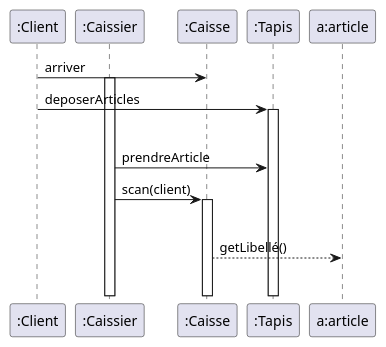
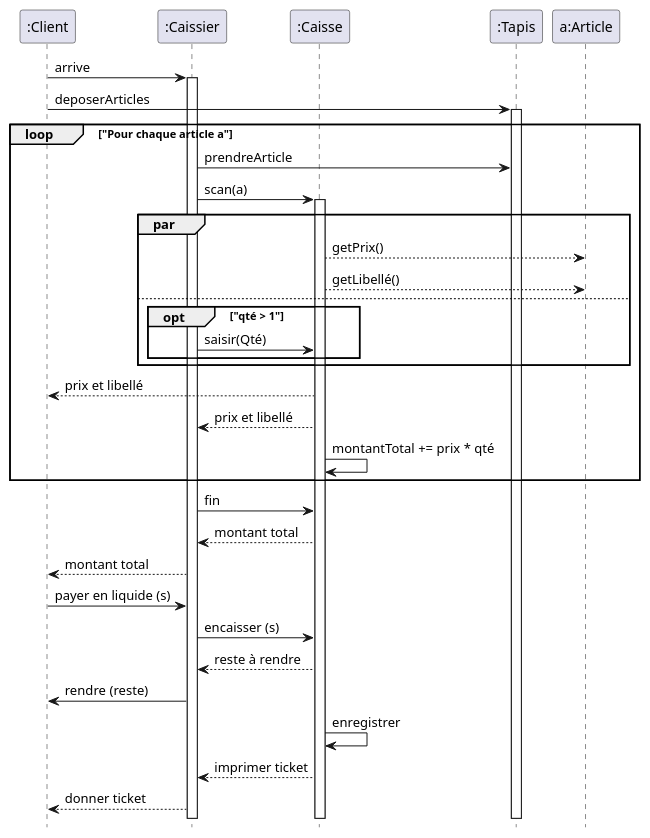
The diagram in TD05/TD5.2.1.plantuml (IUT-Blagnac/bcoo-NicolasIUT), drawn with PlantUML before and after one commit.

```diff
--- a/TD05/TD5.2.1.plantuml
+++ b/TD05/TD5.2.1.plantuml
@@ -1,35 +1,56 @@
-@startuml TD5.2.1
+@startuml
 
+'autonumber
+hide footbox
 
-participant client as ":Client"
-participant caissier as ":Caissier"
-participant caisse as ":Caisse"
+participant A as ":Client"
+participant B as ":Caissier"
 
+participant C as ":Caisse"
+A -> B: arrive
+activate B
 
-client -> caisse: arriver
+participant Tapis as ":Tapis"
 
-activate caissier
-
-participant tapis as ":Tapis"
-
-client -> tapis: deposerArticles
-
-activate tapis
+A -> Tapis: deposerArticles
+activate Tapis
 
 loop "Pour chaque article a"
-  caissier -> tapis: prendreArticle
-  caissier -> caisse: scan(client)
-  activate caisse
-
-  participant article as "a:article"
-
-  par caisse --> article: getPrix()
-  caisse --> article: getLibellé()
+  B -> Tapis: prendreArticle
+  B -> C: scan(a)
+  activate C
+  
+  participant Article as "a:Article"
+  
+  par
+  C --> Article: getPrix()
+  C --> Article: getLibellé()
 
   else
-  opt
+  opt "qté > 1"
+    B -> C: saisir(Qté)
+  end
+  end
+  C --> A: prix et libellé
+  C --> B: prix et libellé
 
+  C -> C: montantTotal += prix * qté
+end
 
+  B -> C: fin
+  C --> B: montant total
+  B --> A: montant total
 
+  A -> B : payer en liquide (s)
+  B -> C : encaisser (s)
 
+  C --> B : reste à rendre
+  B -> A : rendre (reste)
+
+  C -> C : enregistrer
+  C --> B : imprimer ticket
+
+  B --> A : donner ticket
+  
+  
 @enduml
```
